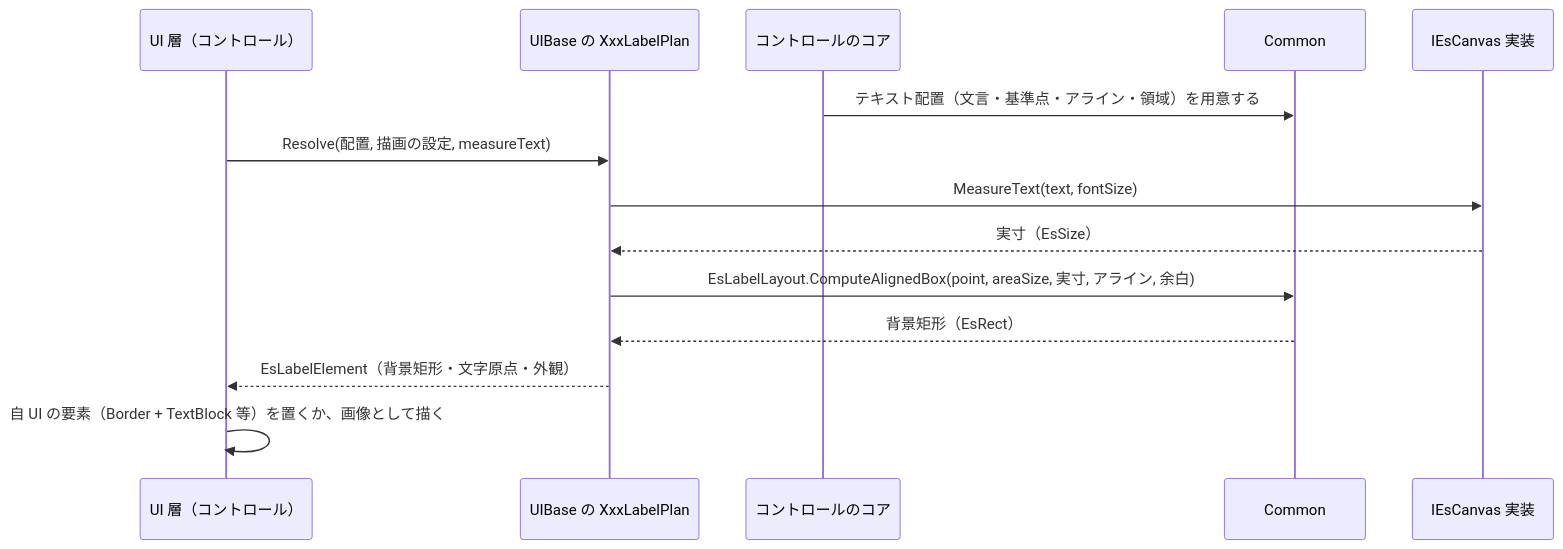
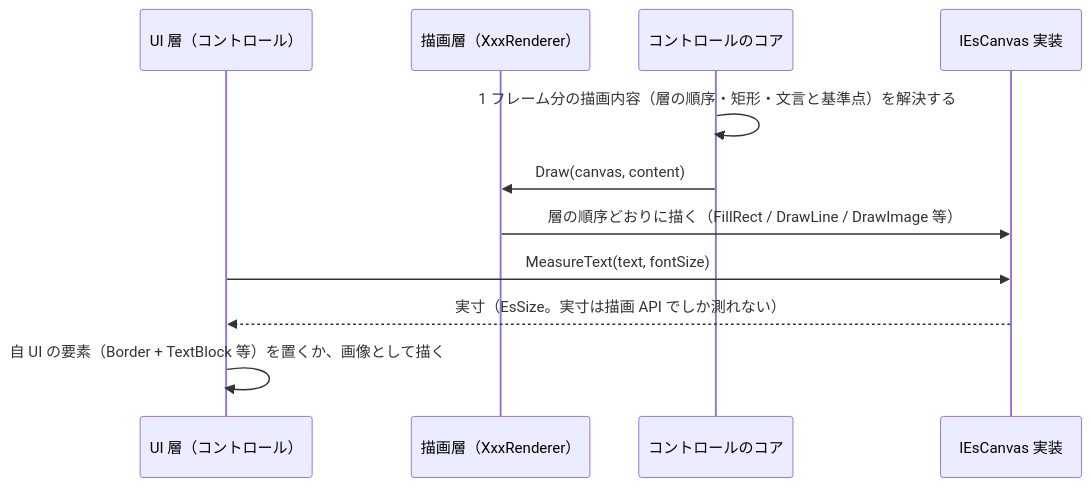
Before and after one commit to tomokuni/SaveEvidence: the third of 3 diagrams in src/Common/SPEC_System.md, drawn with Mermaid. The commit also changed other lines of this file and 74 other files, not shown here.

````diff
--- a/src/Common/SPEC_System.md
+++ b/src/Common/SPEC_System.md
@@ -125,17 +80,14 @@
 ```mermaid
 sequenceDiagram
   participant UI as UI 層（コントロール）
-  participant Plan as UIBase の XxxLabelPlan
+  participant R as 描画層（XxxRenderer）
   participant Core as コントロールのコア
-  participant C as Common
   participant Port as IEsCanvas 実装
 
-  Core->>C: テキスト配置（文言・基準点・アライン・領域）を用意する
-  UI->>Plan: Resolve(配置, 描画の設定, measureText)
-  Plan->>Port: MeasureText(text, fontSize)
-  Port-->>Plan: 実寸（EsSize）
-  Plan->>C: EsLabelLayout.ComputeAlignedBox(point, areaSize, 実寸, アライン, 余白)
-  C-->>Plan: 背景矩形（EsRect）
-  Plan-->>UI: EsLabelElement（背景矩形・文字原点・外観）
+  Core->>Core: 1 フレーム分の描画内容（層の順序・矩形・文言と基準点）を解決する
+  Core->>R: Draw(canvas, content)
+  R->>Port: 層の順序どおりに描く（FillRect / DrawLine / DrawImage 等）
+  UI->>Port: MeasureText(text, fontSize)
+  Port-->>UI: 実寸（EsSize。実寸は描画 API でしか測れない）
   UI->>UI: 自 UI の要素（Border + TextBlock 等）を置くか、画像として描く
 ```
````
